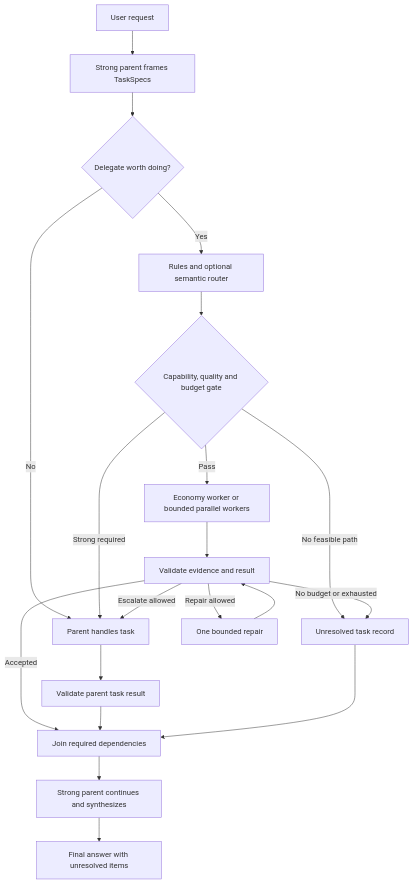
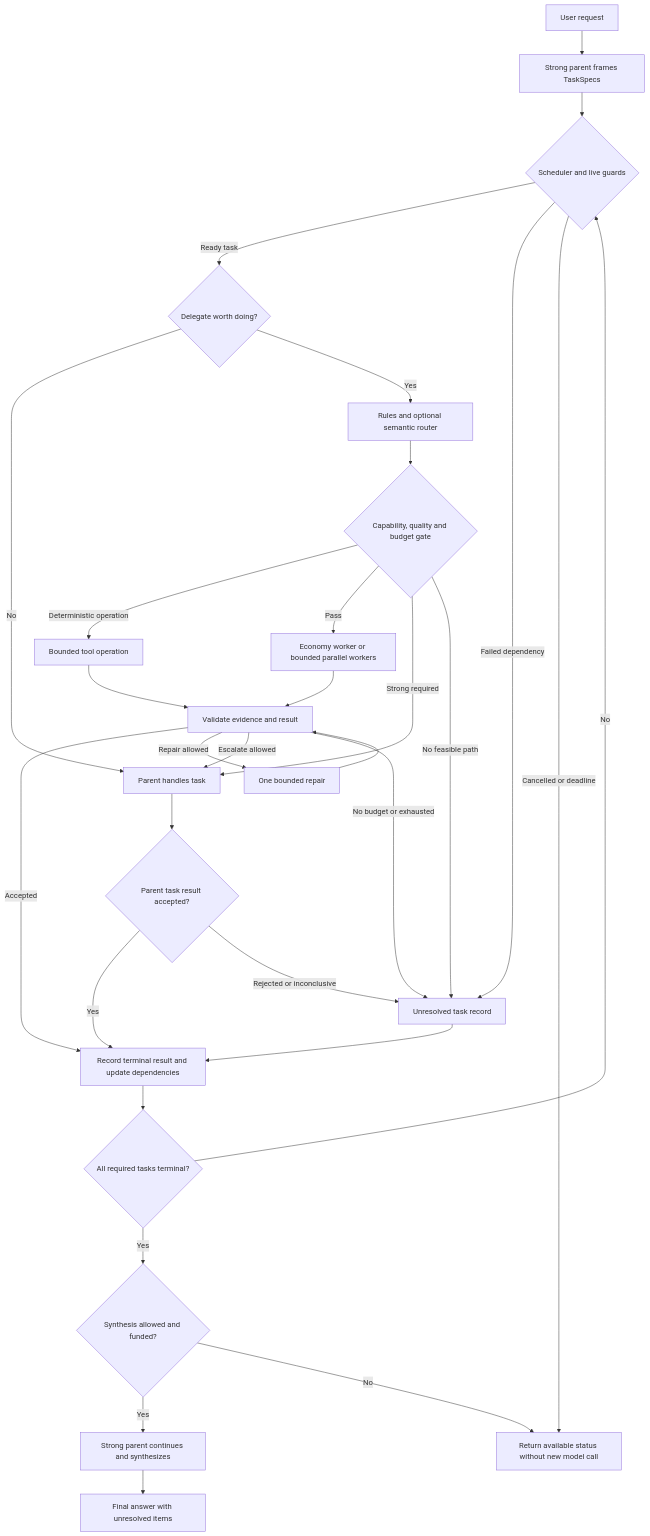
The diagram in docs/MULTI_AGENT_ROUTING_HANDBOOK_PLAN.en.md (MCK564/token-context-mcp), drawn with Mermaid before and after one commit. The commit also changed other lines of this file and 22 other files, not shown here.

````diff
--- a/docs/MULTI_AGENT_ROUTING_HANDBOOK_PLAN.en.md
+++ b/docs/MULTI_AGENT_ROUTING_HANDBOOK_PLAN.en.md
@@ -187,22 +191,32 @@
 ```mermaid
 flowchart TD
     A[User request] --> B[Strong parent frames TaskSpecs]
-    B --> C{Delegate worth doing?}
+    B --> Q{Scheduler and live guards}
+    Q -->|Ready task| C{Delegate worth doing?}
+    Q -->|Failed dependency| U[Unresolved task record]
+    Q -->|Cancelled or deadline| F0[Return available status without new model call]
     C -->|No| P[Parent handles task]
     C -->|Yes| R[Rules and optional semantic router]
     R --> K{Capability, quality and budget gate}
+    K -->|Deterministic operation| T[Bounded tool operation]
+    T --> V[Validate evidence and result]
     K -->|Pass| W[Economy worker or bounded parallel workers]
     K -->|Strong required| P
-    K -->|No feasible path| U[Unresolved task record]
-    W --> V[Validate evidence and result]
-    V -->|Accepted| J[Join required dependencies]
+    K -->|No feasible path| U
+    W --> V
+    V -->|Accepted| J[Record terminal result and update dependencies]
     V -->|Repair allowed| X[One bounded repair]
     X --> V
     V -->|Escalate allowed| P
     V -->|No budget or exhausted| U
-    P --> PV[Validate parent task result]
-    PV --> J
+    P --> PV{Parent task result accepted?}
+    PV -->|Yes| J
+    PV -->|Rejected or inconclusive| U
     U --> J
-    J --> S[Strong parent continues and synthesizes]
+    J --> D{All required tasks terminal?}
+    D -->|No| Q
+    D -->|Yes| G{Synthesis allowed and funded?}
+    G -->|Yes| S[Strong parent continues and synthesizes]
+    G -->|No| F0
     S --> F[Final answer with unresolved items]
 ```
````
